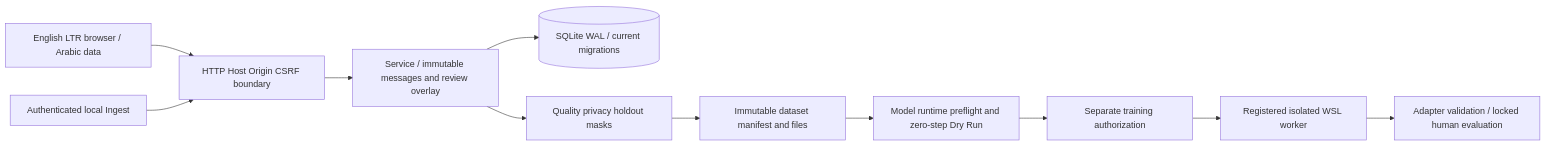
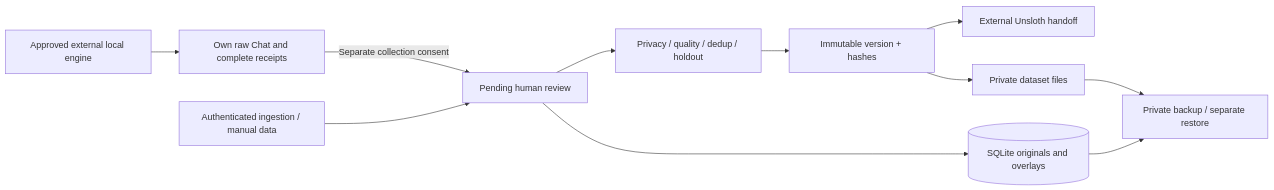
Before and after one commit to abinadwan/NajdiLab: the diagram in docs/architecture.md, drawn with Mermaid. The commit also changed other lines of this file and 217 other files, not shown here.

Commit message:
refactor: remove legacy training and preserve dataset preparation

````diff
--- a/docs/architecture.md
+++ b/docs/architecture.md
@@ -58,13 +11,13 @@
 ```mermaid
 flowchart LR
-  B[English LTR browser / Arabic data] --> Q[HTTP Host Origin CSRF boundary]
-  I[Authenticated local Ingest] --> Q
-  Q --> S[Service / immutable messages and review overlay]
-  S --> DB[(SQLite WAL / current migrations)]
-  S --> G[Quality privacy holdout masks]
-  G --> V[Immutable dataset manifest and files]
-  V --> P[Model runtime preflight and zero-step Dry Run]
-  P --> A[Separate training authorization]
-  A --> W[Registered isolated WSL worker]
-  W --> E[Adapter validation / locked human evaluation]
+  E[Approved external local engine] --> C[Own raw Chat and complete receipts]
+  C -->|Separate collection consent| R[Pending human review]
+  N[Authenticated ingestion / manual data] --> R
+  R --> Q[Privacy / quality / dedup / holdout]
+  Q --> V[Immutable version + hashes]
+  V --> U[External Unsloth handoff]
+  R --> D[(SQLite originals and overlays)]
+  V --> F[Private dataset files]
+  D --> B[Private backup / separate restore]
+  F --> B
 ```
````
